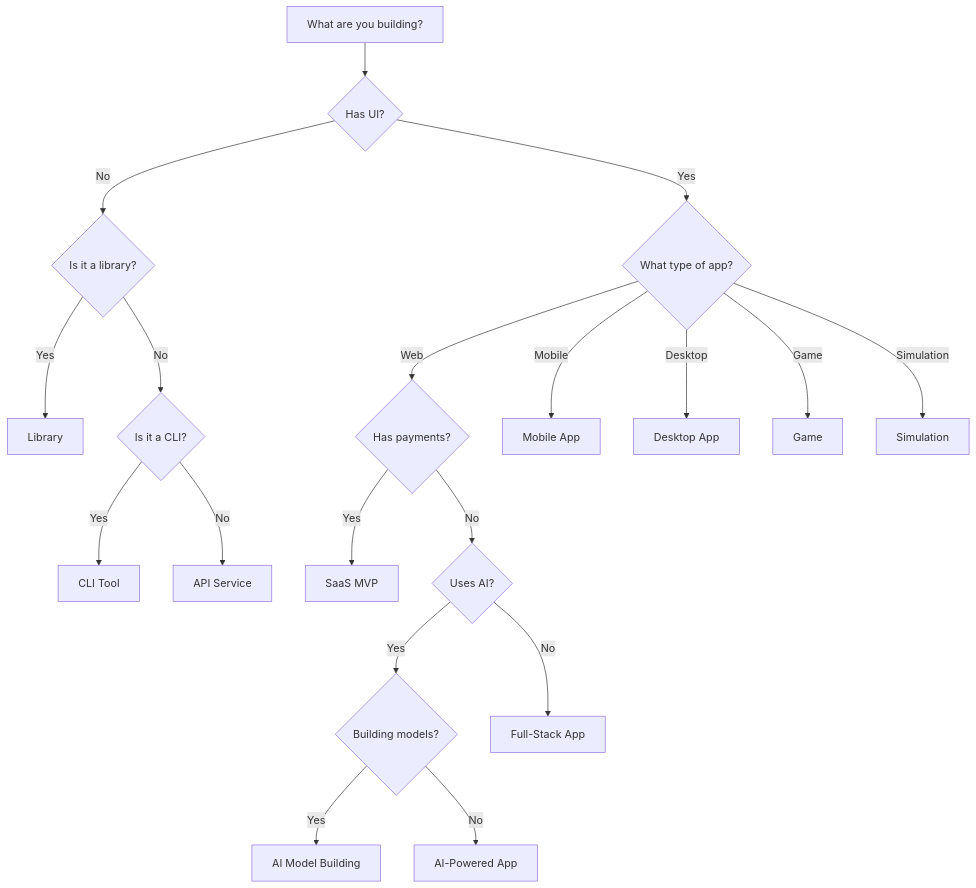
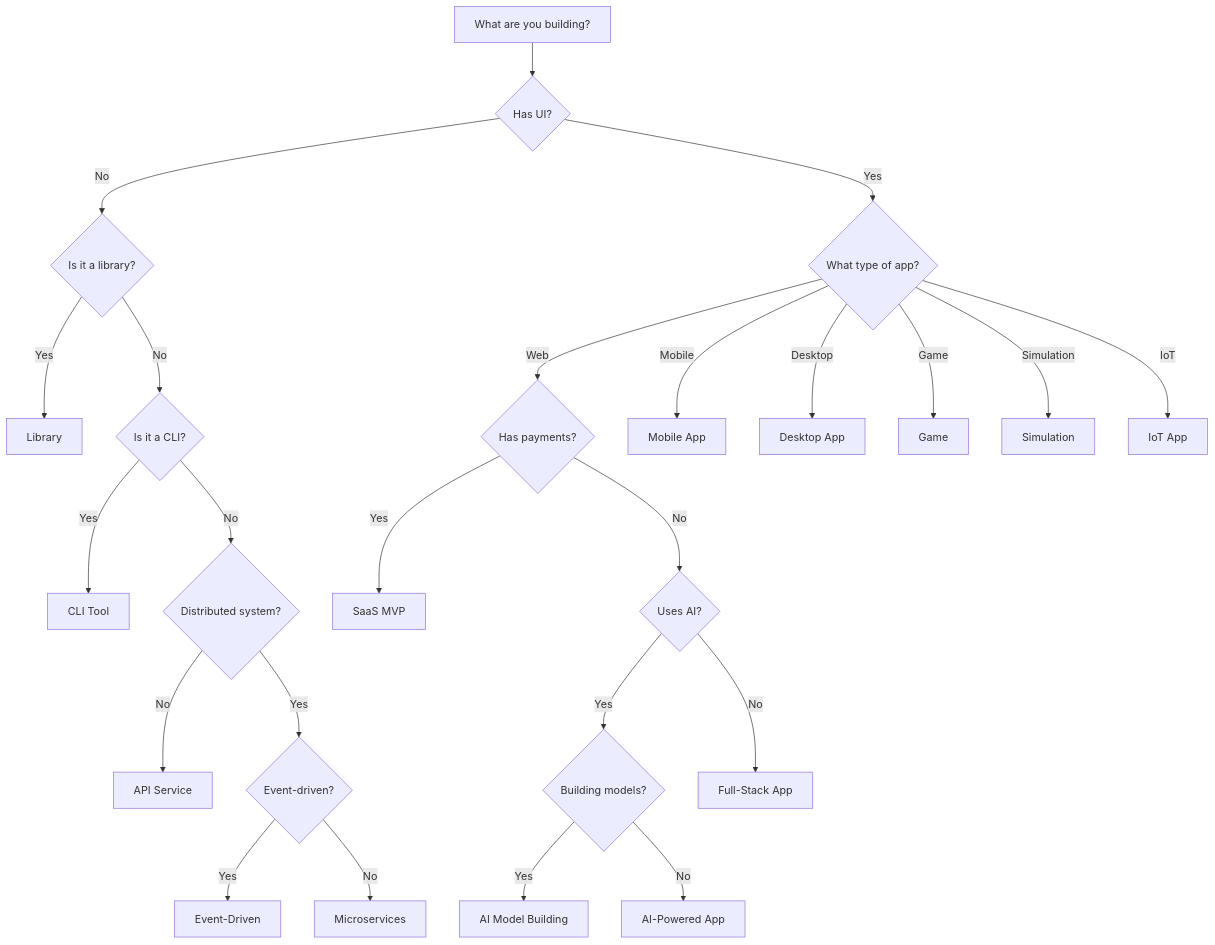
The diagram in docs/autonomous/archetypes.mdx (doanchienthangdev/omgkit), drawn with Mermaid before and after one commit. The commit also changed other lines of this file and 7 other files, not shown here.

First line of the commit message:
feat(autonomous): add microservices and event-driven archetypes

````diff
--- a/docs/autonomous/archetypes.mdx
+++ b/docs/autonomous/archetypes.mdx
@@ -530,21 +629,26 @@
 ```mermaid
 graph TD
     A[What are you building?] --> B{Has UI?}
     B -->|No| C{Is it a library?}
     B -->|Yes| D{What type of app?}
     C -->|Yes| E[Library]
     C -->|No| F{Is it a CLI?}
     F -->|Yes| G[CLI Tool]
-    F -->|No| H[API Service]
-    D -->|Web| I{Has payments?}
-    D -->|Mobile| J[Mobile App]
-    D -->|Desktop| K[Desktop App]
-    D -->|Game| L[Game]
-    D -->|Simulation| M[Simulation]
-    I -->|Yes| N[SaaS MVP]
-    I -->|No| O{Uses AI?}
-    O -->|Yes| P{Building models?}
-    O -->|No| Q[Full-Stack App]
-    P -->|Yes| R[AI Model Building]
-    P -->|No| S[AI-Powered App]
+    F -->|No| H{Distributed system?}
+    H -->|No| I[API Service]
+    H -->|Yes| J{Event-driven?}
+    J -->|Yes| K[Event-Driven]
+    J -->|No| L[Microservices]
+    D -->|Web| M{Has payments?}
+    D -->|Mobile| N[Mobile App]
+    D -->|Desktop| O[Desktop App]
+    D -->|Game| P[Game]
+    D -->|Simulation| Q[Simulation]
+    D -->|IoT| R[IoT App]
+    M -->|Yes| S[SaaS MVP]
+    M -->|No| T{Uses AI?}
+    T -->|Yes| U{Building models?}
+    T -->|No| V[Full-Stack App]
+    U -->|Yes| W[AI Model Building]
+    U -->|No| X[AI-Powered App]
 ```
````
